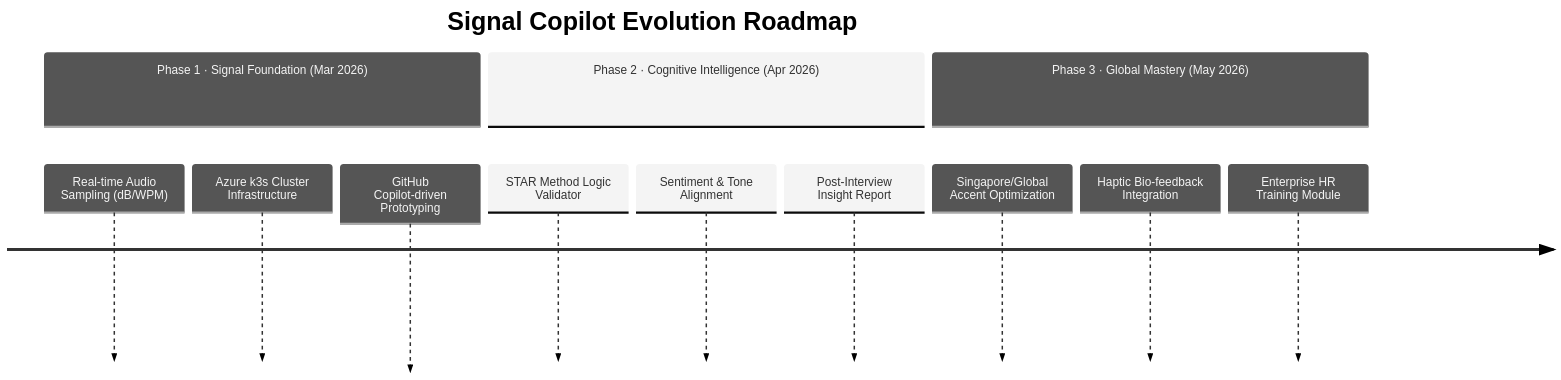
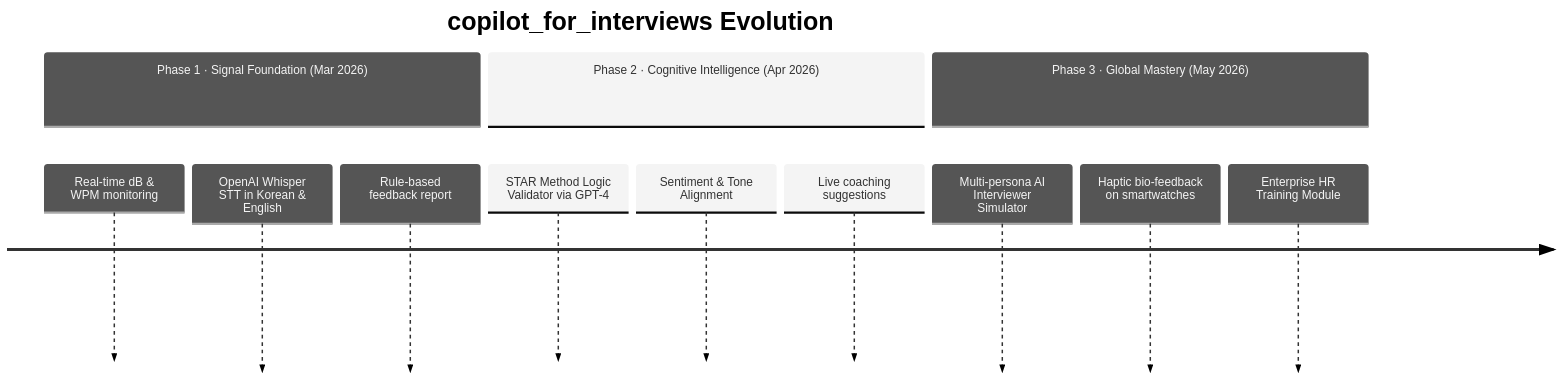
One commit to bookseal/copilot_for_interviews changed the third of 6 diagrams in README.md. Above: the diagram before and after it, drawn with Mermaid (neutral theme). The commit also changed other lines of this file and 3 other files, not shown here.

First line of the commit message:
feat: rename to copilot_for_interviews + README overhaul

````diff
--- a/README.md
+++ b/README.md
@@ -63,16 +250,16 @@
 ```mermaid
 timeline
-    title Signal Copilot Evolution Roadmap
+    title copilot_for_interviews Evolution
     section Phase 1 · Signal Foundation (Mar 2026)
-        Real-time Audio Sampling (dB/WPM)
-        Azure k3s Cluster Infrastructure
-        GitHub Copilot-driven Prototyping
+        Real-time dB & WPM monitoring
+        OpenAI Whisper STT in Korean & English
+        Rule-based feedback report
     section Phase 2 · Cognitive Intelligence (Apr 2026)
-        STAR Method Logic Validator
+        STAR Method Logic Validator via GPT-4
         Sentiment & Tone Alignment
-        Post-Interview Insight Report
+        Live coaching suggestions
     section Phase 3 · Global Mastery (May 2026)
-        Singapore/Global Accent Optimization
-        Haptic Bio-feedback Integration
+        Multi-persona AI Interviewer Simulator
+        Haptic bio-feedback on smartwatches
         Enterprise HR Training Module
 ```
````
